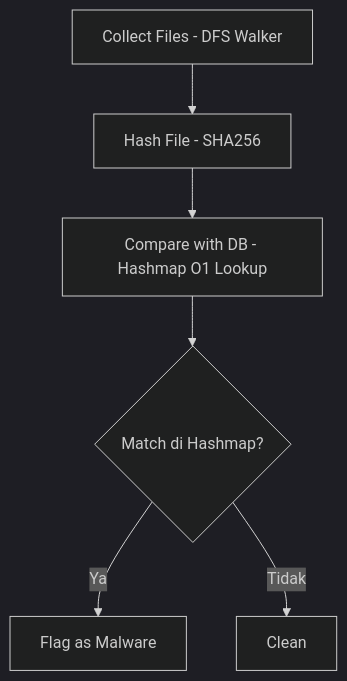
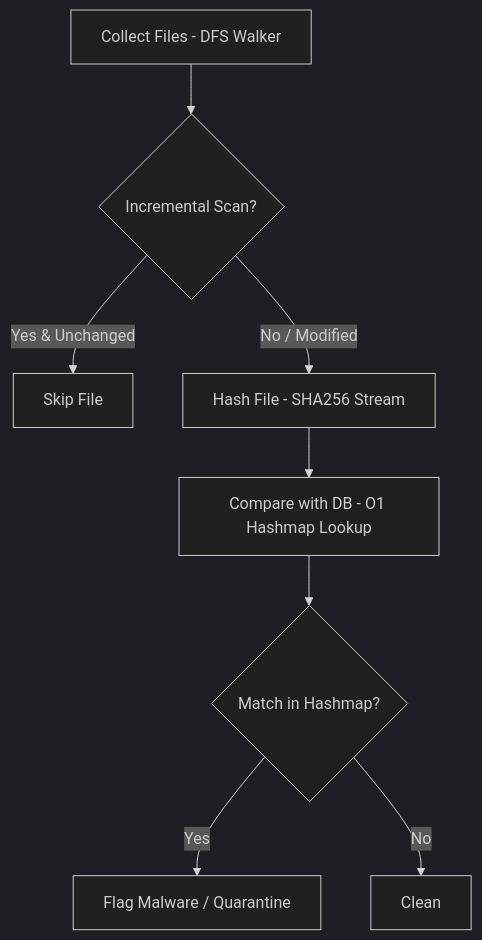
Before and after one commit to kar1mmmm/TheRealAnnaKav: the diagram in readme.md, drawn with Mermaid (dark theme). The commit also changed other lines of this file and 1 other file, not shown here.

````diff
--- a/readme.md
+++ b/readme.md
@@ -27,8 +29,10 @@
 ```mermaid
 flowchart TD
-    A[Collect Files - DFS Walker] --> B[Hash File - SHA256]
-    B --> C[Compare with DB - Hashmap O1 Lookup]
-    C --> D{Match di Hashmap?}
-    D -->|Ya| E[Flag as Malware]
-    D -->|Tidak| F[Clean]
+    A[Collect Files - DFS Walker] --> B{Incremental Scan?}
+    B -->|Yes & Unchanged| C[Skip File]
+    B -->|No / Modified| D[Hash File - SHA256 Stream]
+    D --> E[Compare with DB - O1 Hashmap Lookup]
+    E --> F{Match in Hashmap?}
+    F -->|Yes| G[Flag Malware / Quarantine]
+    F -->|No| H[Clean]
 ```
````
